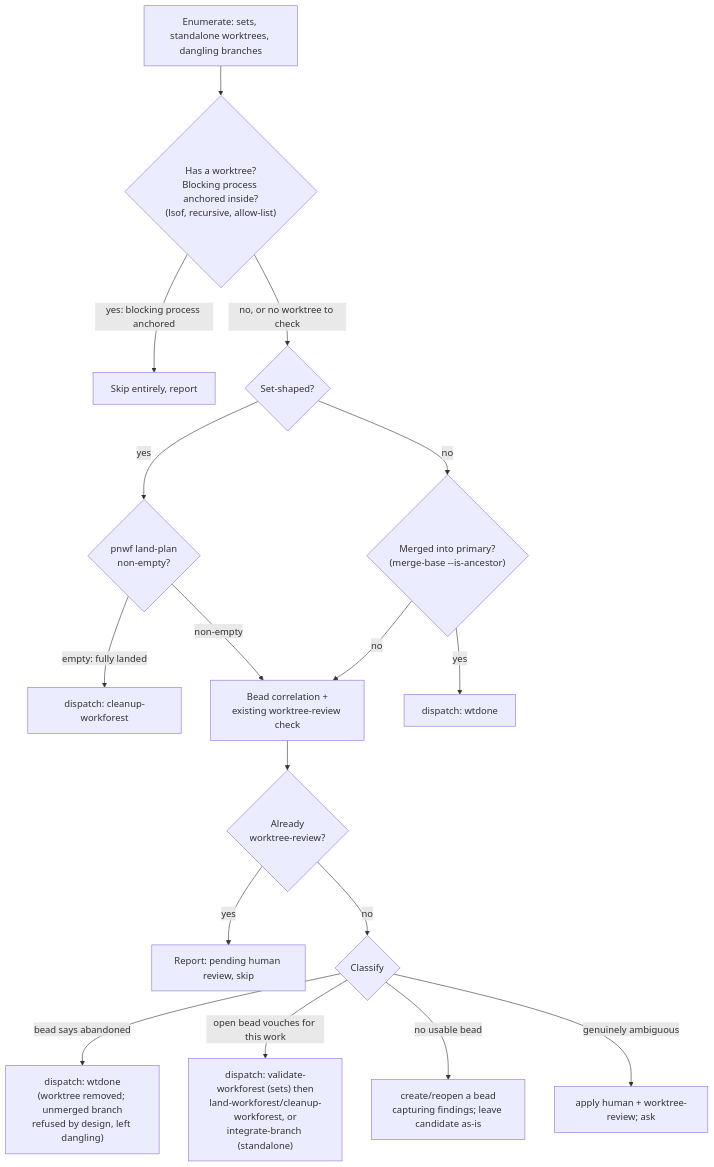
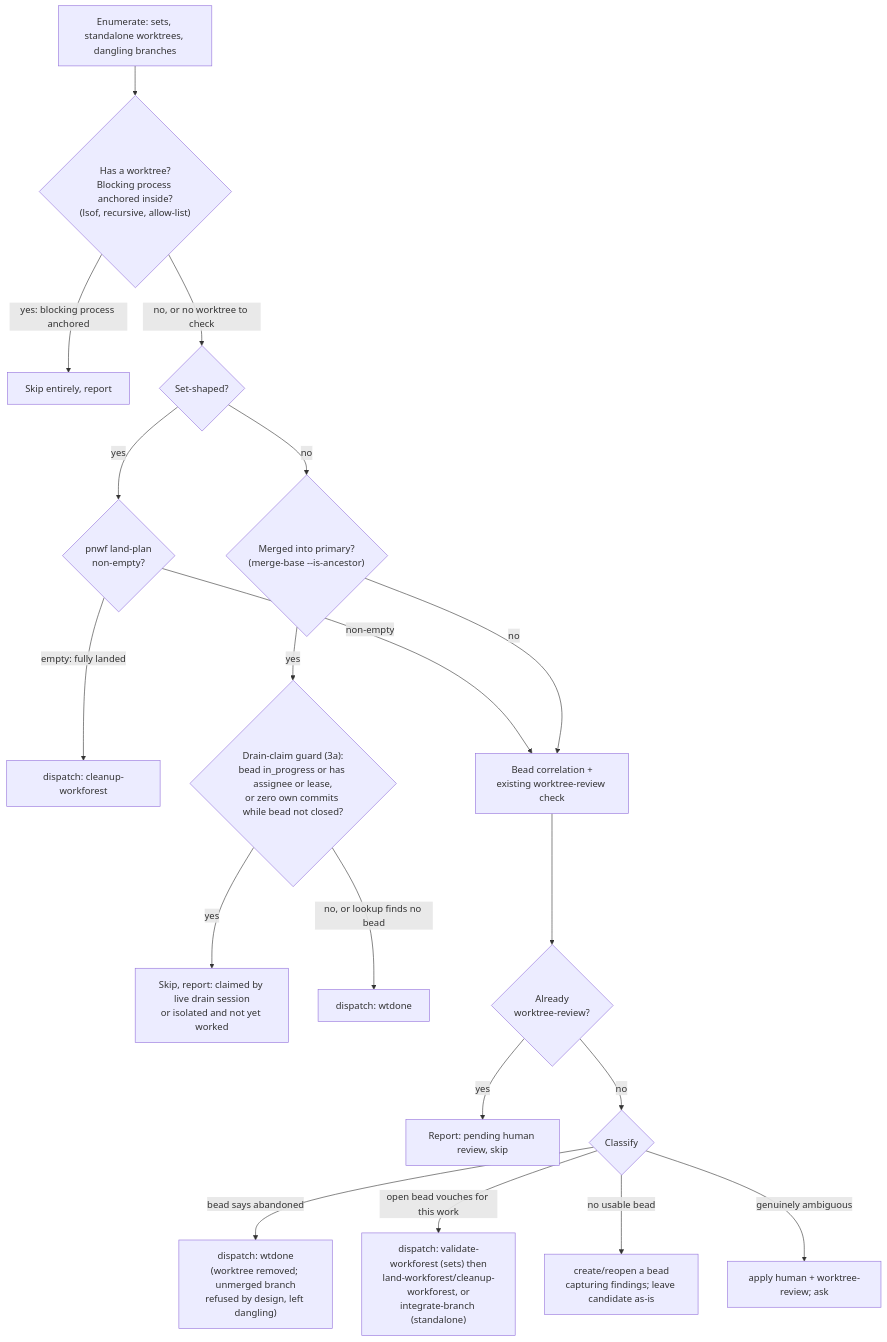
Before and after one commit to phillipgreenii/nix-repo-base: the diagram in pn-workspace-rules/skills/audit-worktrees/SKILL.md, drawn with Mermaid. The commit also changed other lines of this file and 1 other file, not shown here.

First line of the commit message:
audit-worktrees: guard merged-branch removal against live drain claims (pg2-gdzr8)

````diff
--- a/pn-workspace-rules/skills/audit-worktrees/SKILL.md
+++ b/pn-workspace-rules/skills/audit-worktrees/SKILL.md
@@ -92,19 +99,21 @@
 ```mermaid
 flowchart TD
     E["Enumerate: sets, standalone worktrees, dangling branches"] --> A{"Has a worktree?\nBlocking process anchored inside?\n(lsof, recursive, allow-list)"}
     A -->|yes: blocking process anchored| SKIP["Skip entirely, report"]
     A -->|no, or no worktree to check| SET{"Set-shaped?"}
     SET -->|yes| SLP{"pnwf land-plan\nnon-empty?"}
     SLP -->|empty: fully landed| SCU["dispatch: cleanup-workforest"]
     SLP -->|non-empty| CLS
     SET -->|no| M{"Merged into primary?\n(merge-base --is-ancestor)"}
-    M -->|yes| RM["dispatch: wtdone"]
+    M -->|yes| G{"Drain-claim guard (3a):\nbead in_progress or has assignee or lease,\nor zero own commits while bead not closed?"}
+    G -->|yes| LIVE["Skip, report: claimed by live drain session\nor isolated and not yet worked"]
+    G -->|no, or lookup finds no bead| RM["dispatch: wtdone"]
     M -->|no| CLS["Bead correlation +\nexisting worktree-review check"]
     CLS --> RV{"Already\nworktree-review?"}
     RV -->|yes| PEND["Report: pending human review, skip"]
     RV -->|no| C{"Classify"}
     C -->|"bead says abandoned"| RM2["dispatch: wtdone\n(worktree removed; unmerged branch\nrefused by design, left dangling)"]
     C -->|"open bead vouches for this work"| LB["dispatch: validate-workforest (sets) then\nland-workforest/cleanup-workforest, or\nintegrate-branch (standalone)"]
     C -->|"no usable bead"| BEAD["create/reopen a bead\ncapturing findings; leave candidate as-is"]
     C -->|"genuinely ambiguous"| HUMAN["apply human + worktree-review; ask"]
 ```
````
